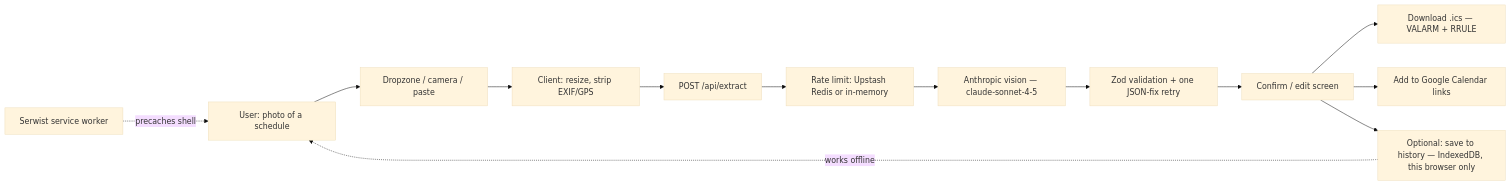
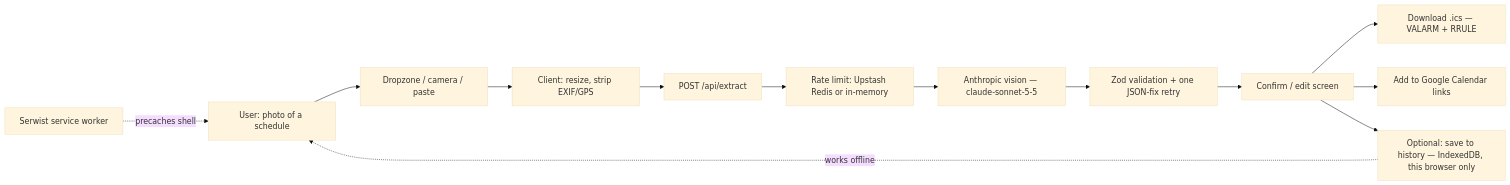
One commit to saminetworks/routinesnap changed the diagram in README.md. Above: the diagram before and after it, drawn with Mermaid (base theme). The commit also changed other lines of this file and 18 other files, not shown here.

````diff
--- a/README.md
+++ b/README.md
@@ -87,15 +87,15 @@
 ```mermaid
 flowchart LR
     U[User: photo of a schedule] --> D[Dropzone / camera / paste]
     D --> P[Client: resize, strip EXIF/GPS]
     P --> API[POST /api/extract]
     API --> RL[Rate limit: Upstash Redis or in-memory]
-    RL --> AI[Anthropic vision — claude-sonnet-4-5]
+    RL --> AI[Anthropic vision — claude-sonnet-5-5]
     AI --> Z[Zod validation + one JSON-fix retry]
     Z --> E[Confirm / edit screen]
     E --> ICS[Download .ics — VALARM + RRULE]
     E --> G[Add to Google Calendar links]
     E --> H[Optional: save to history — IndexedDB, this browser only]
     SW[Serwist service worker] -.->|precaches shell| U
     H -.->|works offline| U
 ```
````
